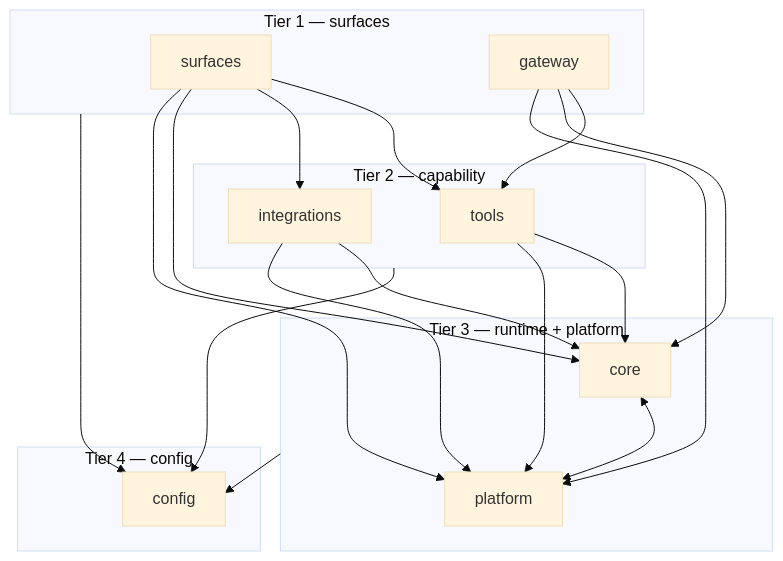
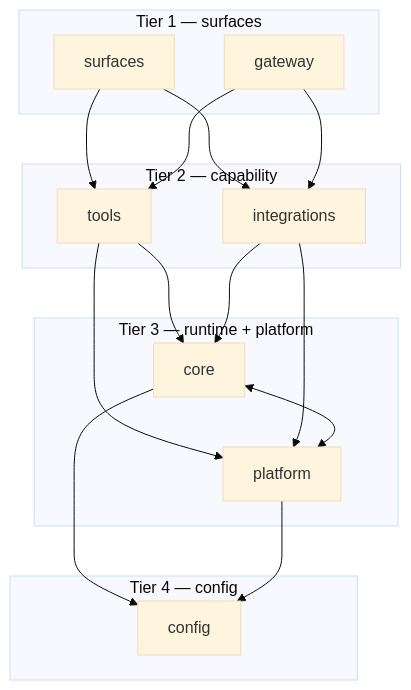
One commit to Tracer-Cloud/open-sre-agent changed the first of 3 diagrams in docs/ARCHITECTURE.md. Above: the diagram before and after it, drawn with Mermaid (base theme). The commit also changed other lines of this file, not shown here.

Commit message:
docs(architecture): fix layer diagram edges (greploop)
Address Greptile review: add the missing GATEWAY -> INTEGRATIONS edge so the
diagram matches the layer table, and replace subgraph-source edges
(T1/T2/T3 -> CONFIG) with explicit node edges that render on GitHub. Draw
adjacent-tier edges only for readability, with a caption noting the full
'any lower tier' rule.

````diff
--- a/docs/ARCHITECTURE.md
+++ b/docs/ARCHITECTURE.md
@@ -25,37 +25,33 @@
 ```mermaid
 flowchart TD
     subgraph T1["Tier 1 — surfaces"]
         SURFACES[surfaces]
         GATEWAY[gateway]
     end
     subgraph T2["Tier 2 — capability"]
         TOOLS[tools]
         INTEGRATIONS[integrations]
     end
     subgraph T3["Tier 3 — runtime + platform"]
         CORE[core]
         PLATFORM[platform]
     end
     subgraph T4["Tier 4 — config"]
         CONFIG[config]
     end
 
     SURFACES --> TOOLS
     SURFACES --> INTEGRATIONS
-    SURFACES --> CORE
-    SURFACES --> PLATFORM
     GATEWAY --> TOOLS
-    GATEWAY --> CORE
-    GATEWAY --> PLATFORM
+    GATEWAY --> INTEGRATIONS
 
     TOOLS --> CORE
     TOOLS --> PLATFORM
     INTEGRATIONS --> CORE
     INTEGRATIONS --> PLATFORM
 
     CORE <--> PLATFORM
 
-    T1 --> CONFIG
-    T2 --> CONFIG
-    T3 --> CONFIG
+    CORE --> CONFIG
+    PLATFORM --> CONFIG
 ```
````
